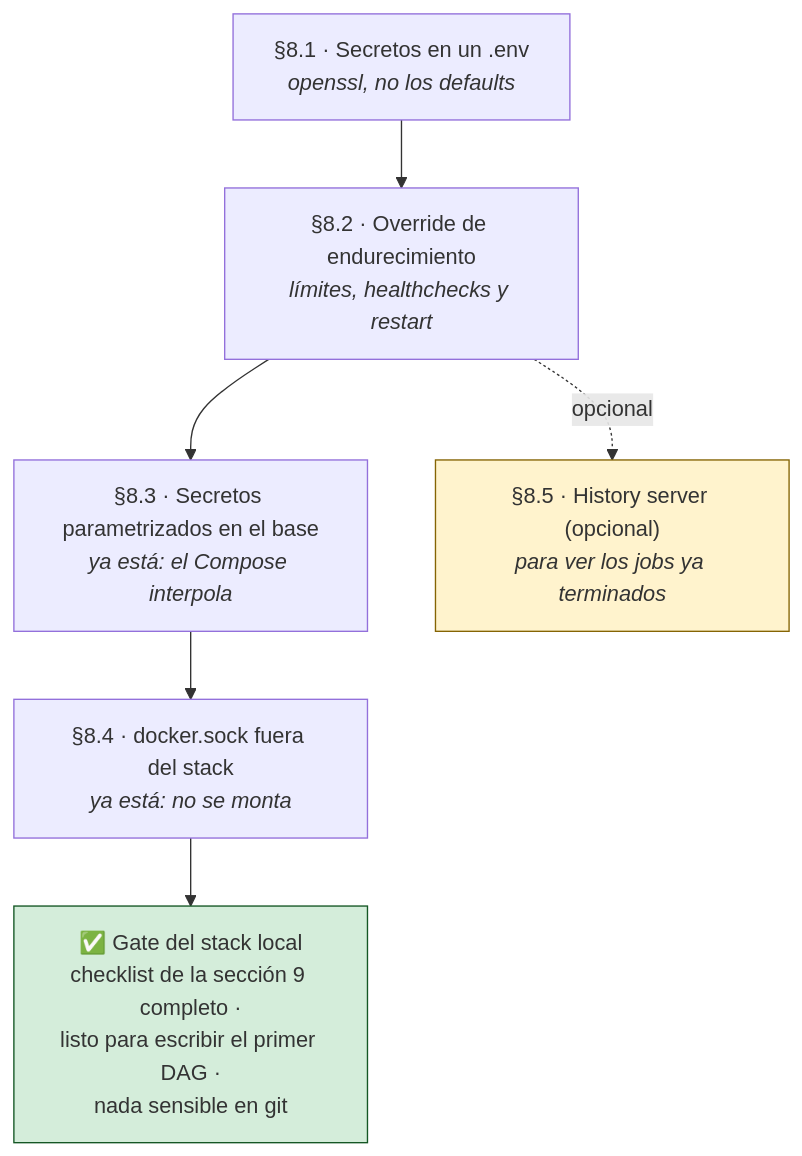
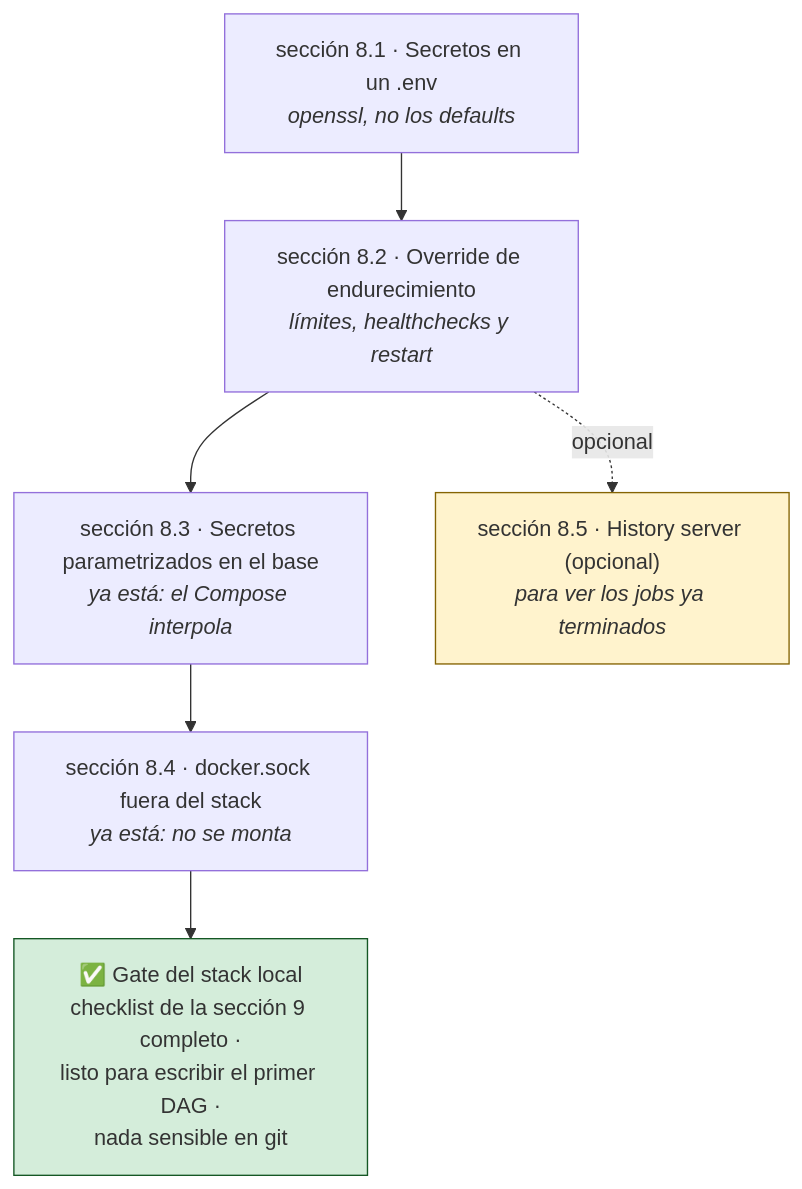
Before and after one commit to abantodca/pyspark_stack: the diagram in docs/01-stack-local.md, drawn with Mermaid. The commit also changed other lines of this file and 1 other file, not shown here.

````diff
--- a/docs/01-stack-local.md
+++ b/docs/01-stack-local.md
@@ -1633,15 +1633,15 @@
 ```mermaid
 flowchart TD
-    E1["§8.1 · Secretos en un .env<br/><i>openssl, no los defaults</i>"]
-    E2["§8.2 · Override de endurecimiento<br/><i>límites, healthchecks y restart</i>"]
-    E3["§8.3 · Secretos parametrizados en el base<br/><i>ya está: el Compose interpola</i>"]
-    E4["§8.4 · docker.sock fuera del stack<br/><i>ya está: no se monta</i>"]
-    E5["§8.5 · History server (opcional)<br/><i>para ver los jobs ya terminados</i>"]
+    E1["sección 8.1 · Secretos en un .env<br/><i>openssl, no los defaults</i>"]
+    E2["sección 8.2 · Override de endurecimiento<br/><i>límites, healthchecks y restart</i>"]
+    E3["sección 8.3 · Secretos parametrizados en el base<br/><i>ya está: el Compose interpola</i>"]
+    E4["sección 8.4 · docker.sock fuera del stack<br/><i>ya está: no se monta</i>"]
+    E5["sección 8.5 · History server (opcional)<br/><i>para ver los jobs ya terminados</i>"]
     GATE["✅ Gate del stack local<br/>checklist de la sección 9 completo ·<br/>listo para escribir el primer DAG ·<br/>nada sensible en git"]
 
     E1 --> E2 --> E3 --> E4 --> GATE
     E2 -.opcional.-> E5
 
     style GATE fill:#d4edda,stroke:#155724
     style E5 fill:#fff3cd,stroke:#856404
 ```
````
